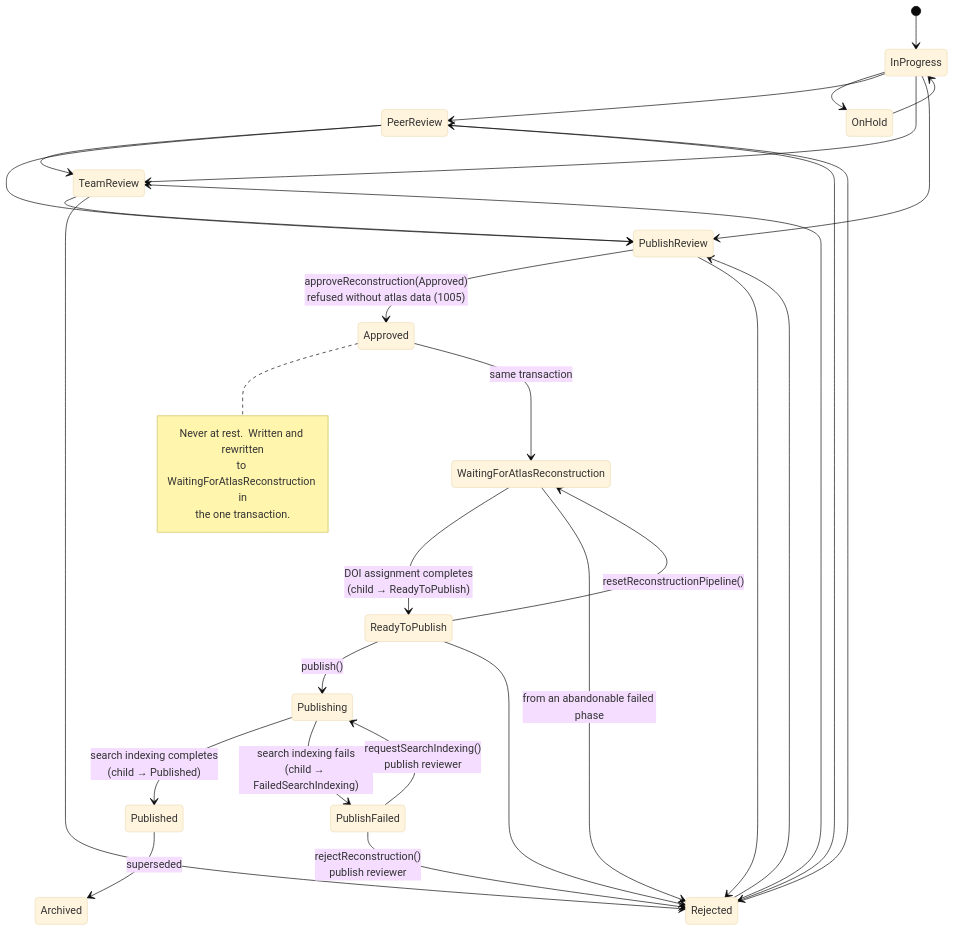
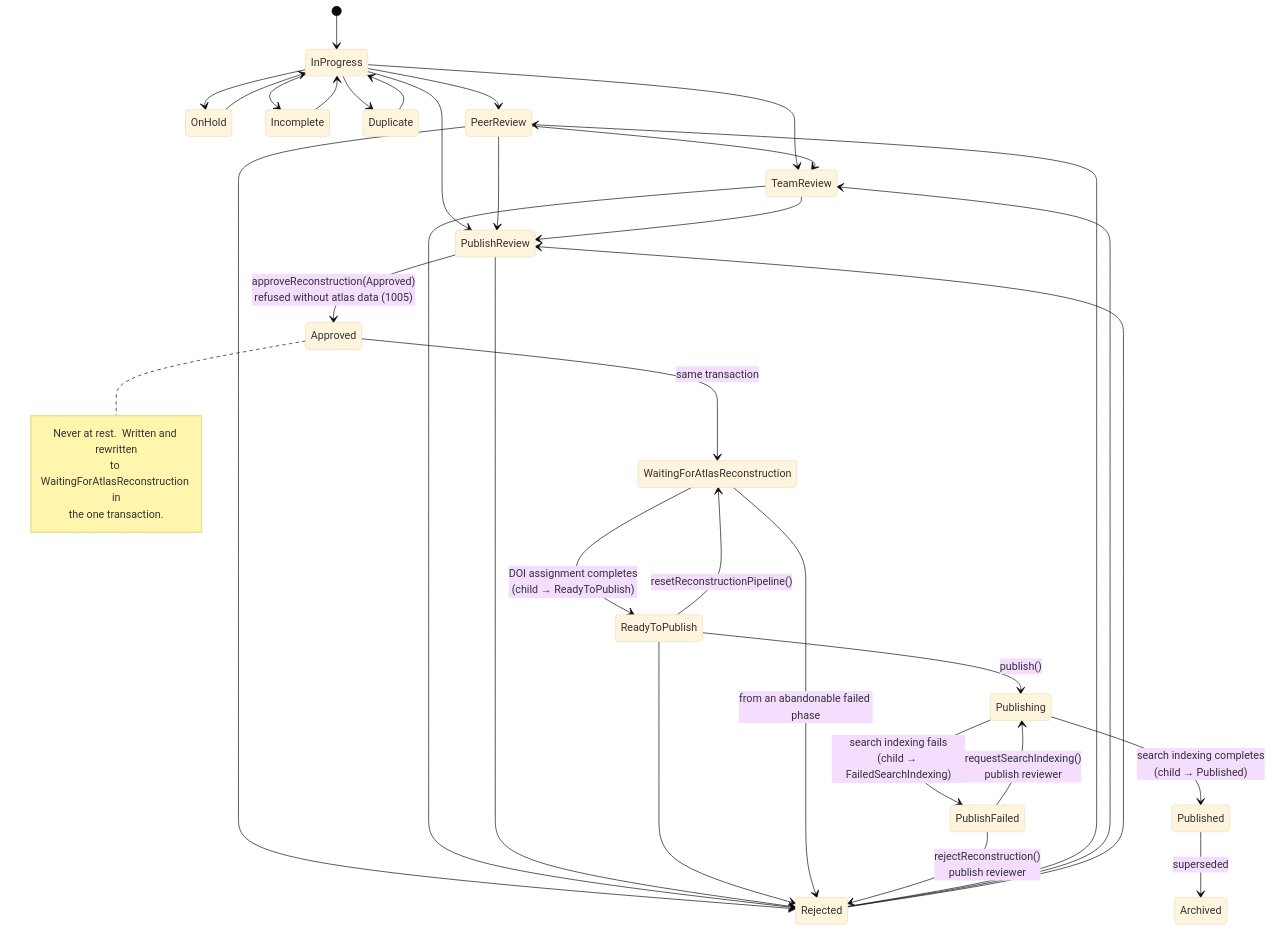
Before and after one commit to AllenNeuralDynamics/nmcp-api: the sixth of 8 diagrams in doc/publish-workflow.md, drawn with Mermaid (base theme). The commit also changed other lines of this file and 14 other files, not shown here.

Commit message:
Add duplicate and incomplete status options.

````diff
--- a/doc/publish-workflow.md
+++ b/doc/publish-workflow.md
@@ -581,40 +624,44 @@
 ```mermaid
 stateDiagram-v2
     direction TB
     [*] --> InProgress
     InProgress --> OnHold
     OnHold --> InProgress
+    InProgress --> Incomplete
+    Incomplete --> InProgress
+    InProgress --> Duplicate
+    Duplicate --> InProgress
     InProgress --> PeerReview
     InProgress --> TeamReview
     InProgress --> PublishReview
     PeerReview --> TeamReview
     PeerReview --> PublishReview
     TeamReview --> PublishReview
     PublishReview --> Approved: approveReconstruction(Approved)<br/>refused without atlas data (1005)
 
     state "Approved" as Approved
     note right of Approved
         Never at rest.  Written and rewritten
         to WaitingForAtlasReconstruction in
         the one transaction.
     end note
 
     Approved --> WaitingForAtlasReconstruction: same transaction
     WaitingForAtlasReconstruction --> ReadyToPublish: DOI assignment completes<br/>(child → ReadyToPublish)
     ReadyToPublish --> WaitingForAtlasReconstruction: resetReconstructionPipeline()
     ReadyToPublish --> Publishing: publish()
     Publishing --> Published: search indexing completes<br/>(child → Published)
     Publishing --> PublishFailed: search indexing fails<br/>(child → FailedSearchIndexing)
     PublishFailed --> Publishing: requestSearchIndexing()<br/>publish reviewer
     Published --> Archived: superseded
 
     PeerReview --> Rejected
     TeamReview --> Rejected
     PublishReview --> Rejected
     ReadyToPublish --> Rejected
     WaitingForAtlasReconstruction --> Rejected: from an abandonable failed phase
     PublishFailed --> Rejected: rejectReconstruction()<br/>publish reviewer
     Rejected --> PeerReview
     Rejected --> TeamReview
     Rejected --> PublishReview
 ```
````
